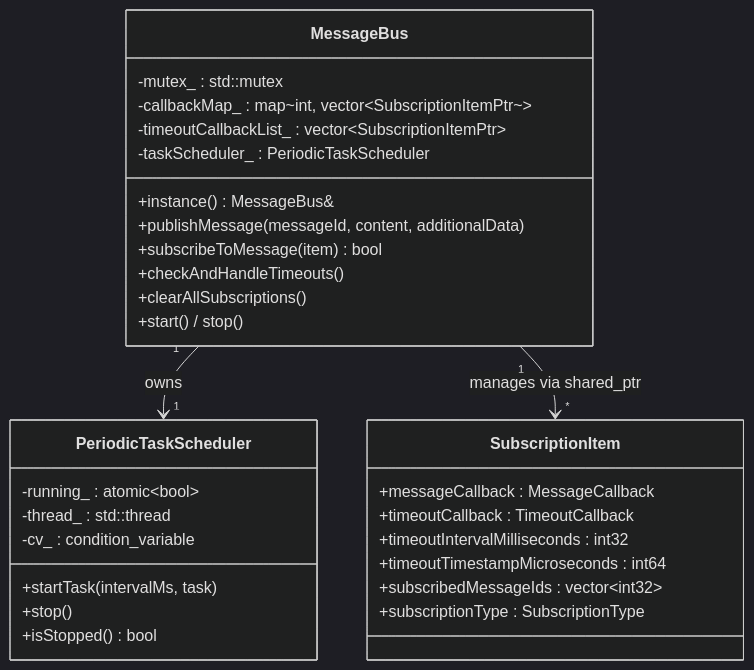
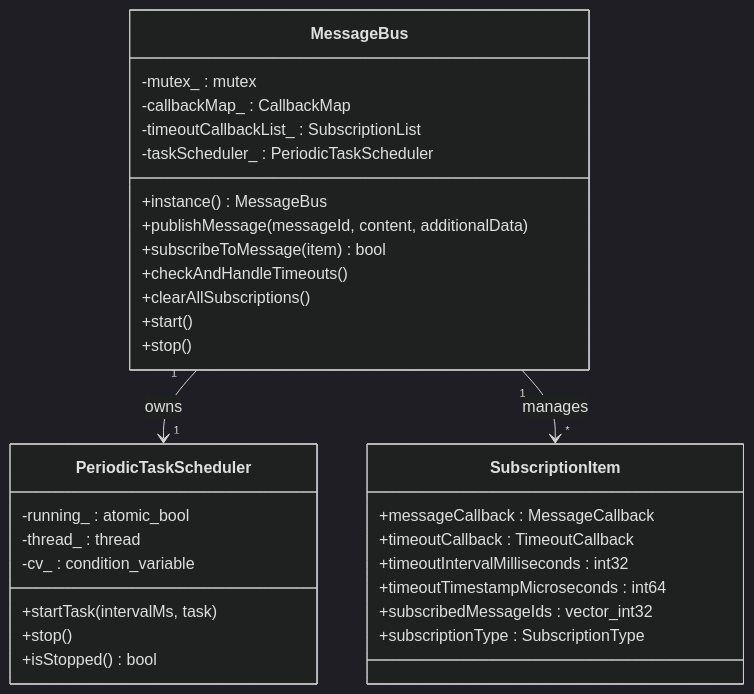
Before and after one commit to DeguiLiu/tech-notes: the first of 2 diagrams in content/posts/performance/cpp14_message_bus_optimization.md, drawn with Mermaid (dark theme). The commit also changed 2 other files, not shown here.

Commit message:
fix: mermaid classDiagram in cpp14_message_bus_optimization
add: juejin batch upload script and log

````diff
--- a/content/posts/performance/cpp14_message_bus_optimization.md
+++ b/content/posts/performance/cpp14_message_bus_optimization.md
@@ -33,36 +33,37 @@
 ```mermaid
 classDiagram
     class MessageBus {
-        -mutex_ : std::mutex
-        -callbackMap_ : map~int, vector~SubscriptionItemPtr~~
-        -timeoutCallbackList_ : vector~SubscriptionItemPtr~
+        -mutex_ : mutex
+        -callbackMap_ : CallbackMap
+        -timeoutCallbackList_ : SubscriptionList
         -taskScheduler_ : PeriodicTaskScheduler
-        +instance() MessageBus&
+        +instance() MessageBus
         +publishMessage(messageId, content, additionalData)
         +subscribeToMessage(item) bool
         +checkAndHandleTimeouts()
         +clearAllSubscriptions()
-        +start() / stop()
+        +start()
+        +stop()
     }
 
     class PeriodicTaskScheduler {
-        -running_ : atomic~bool~
-        -thread_ : std::thread
+        -running_ : atomic_bool
+        -thread_ : thread
         -cv_ : condition_variable
         +startTask(intervalMs, task)
         +stop()
         +isStopped() bool
     }
 
     class SubscriptionItem {
         +messageCallback : MessageCallback
         +timeoutCallback : TimeoutCallback
         +timeoutIntervalMilliseconds : int32
         +timeoutTimestampMicroseconds : int64
-        +subscribedMessageIds : vector~int32~
+        +subscribedMessageIds : vector_int32
         +subscriptionType : SubscriptionType
     }
 
     MessageBus "1" --> "1" PeriodicTaskScheduler : owns
-    MessageBus "1" --> "*" SubscriptionItem : manages via shared_ptr
+    MessageBus "1" --> "*" SubscriptionItem : manages
 ```
````
